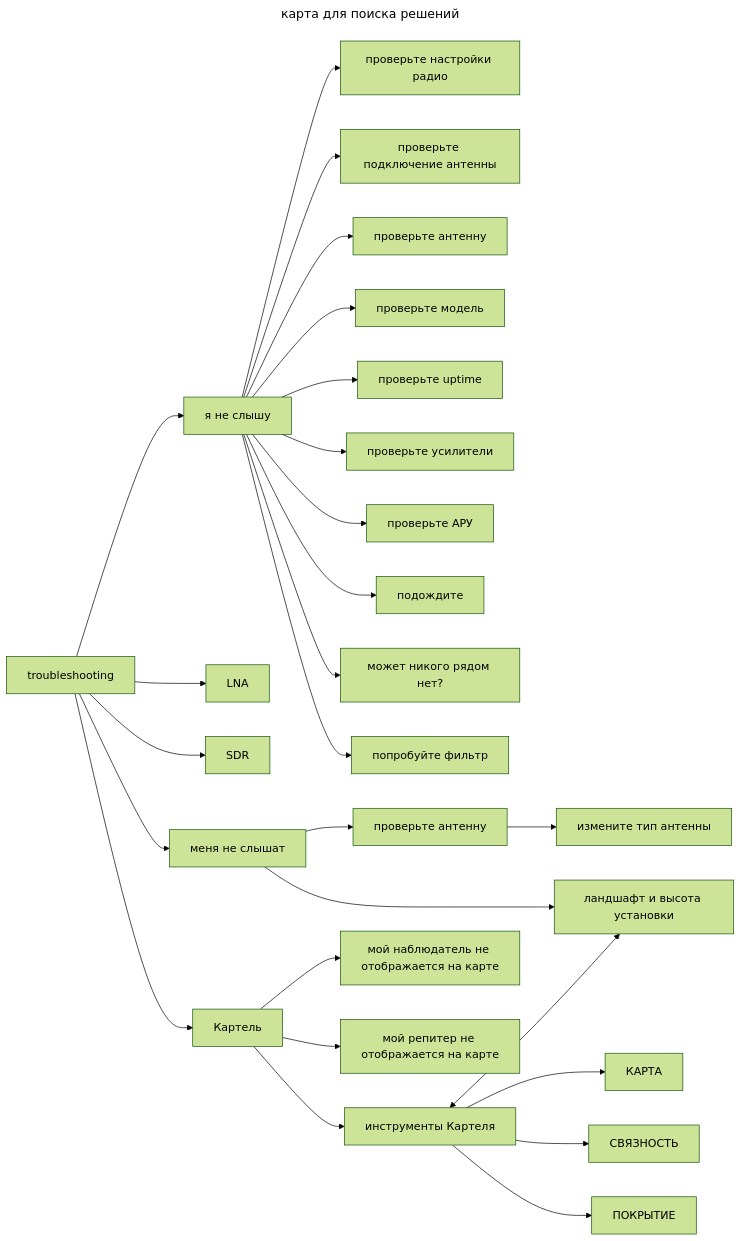
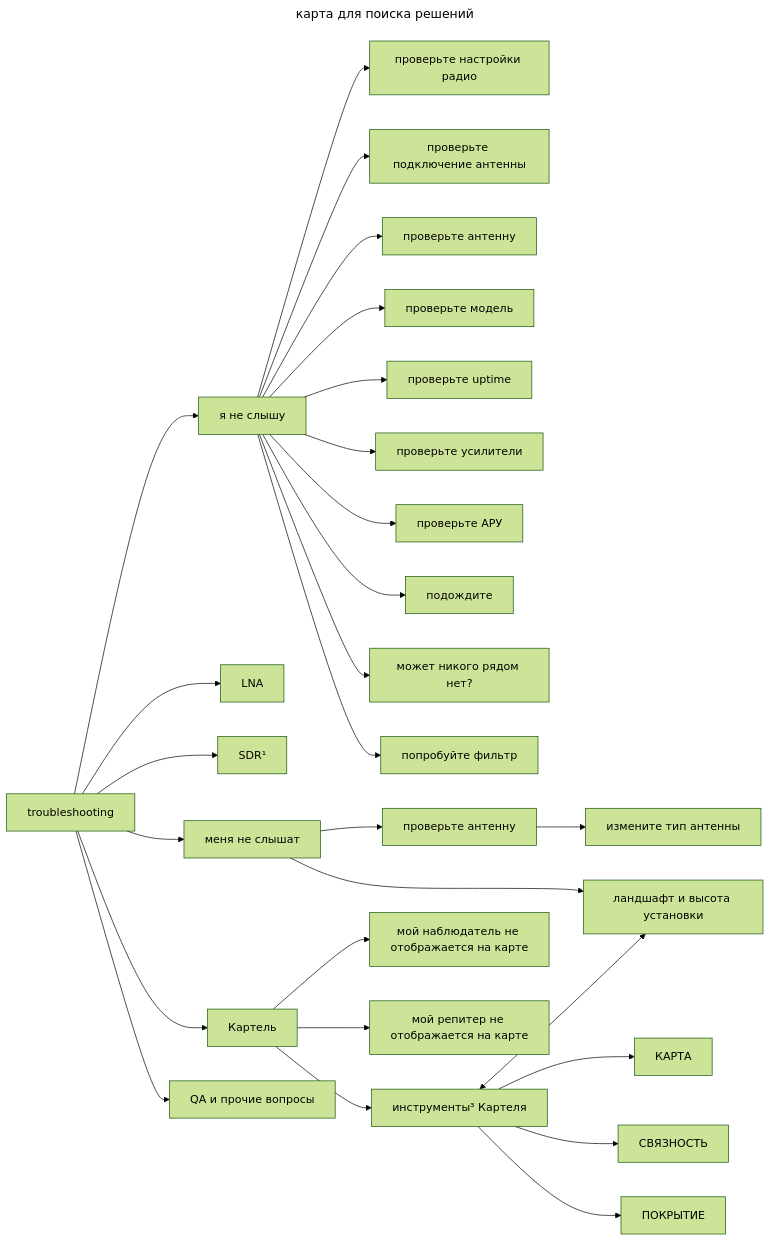
Before and after one commit to Krey81/lora: the diagram in notes/troubleshooting.md, drawn with Mermaid (forest theme). The commit also changed other lines of this file, not shown here.

````diff
--- a/notes/troubleshooting.md
+++ b/notes/troubleshooting.md
@@ -7,30 +7,31 @@
 ```mermaid
 ---
 title: карта для поиска решений
 ---
 flowchart LR
 ts[troubleshooting] --> rx[я не слышу]
 ts --> LNA
-ts --> SDR
+ts --> sdr[SDR¹]
 rx --> radio[проверьте настройки радио]
 rx --> antconn[проверьте подключение антенны]
 rx --> rxant[проверьте антенну]
 rx --> hwmodel[проверьте модель]
 rx --> uptime[проверьте uptime]
 rx --> rxgain[проверьте усилители]
 rx --> agc[проверьте АРУ]
 rx --> wait[подождите]
 rx --> investigate[может никого рядом нет?]
 rx --> bpf[попробуйте фильтр]
 ts --> tx[меня не слышат]
 tx --> txant[проверьте антенну]
 txant --> anttype[измените тип антенны]
 tx --> phys[ландшафт и высота установки]
 ts --> coretel[Картель]
 coretel --> observer[мой наблюдатель не отображается на карте]
 coretel --> repeater[мой репитер не отображается на карте]
-coretel --> tools[инструменты Картеля] <--> phys
+coretel --> tools[инструменты³ Картеля] <--> phys
 tools --> map[КАРТА]
 tools --> links[СВЯЗНОСТЬ]
 tools --> coverage[ПОКРЫТИЕ]
+ts --> other[QA и прочие вопросы]
 ```
````
